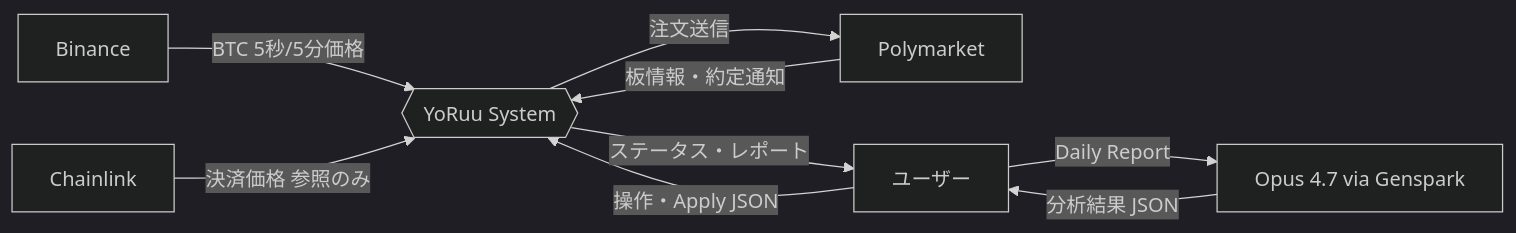
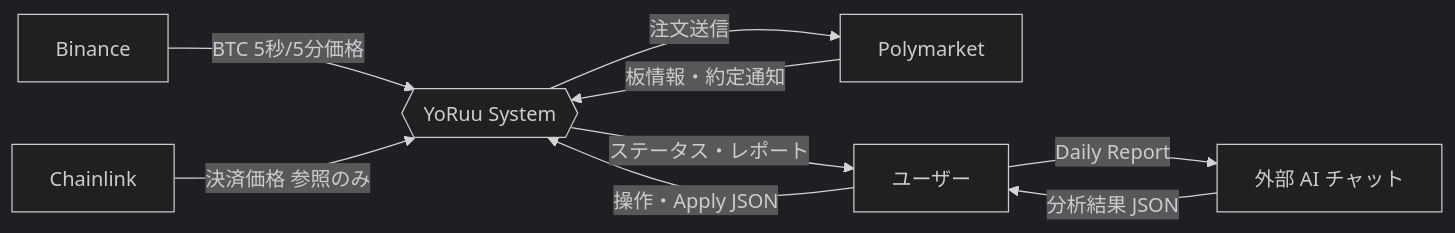
One commit to matrix9neonebuchadnezzar2199-sketch/YoRuu changed the first of 2 diagrams in docs/design/04_data_flow.md. Above: the diagram before and after it, drawn with Mermaid (dark theme). The commit also changed other lines of this file and 16 other files, not shown here.

````diff
--- a/docs/design/04_data_flow.md
+++ b/docs/design/04_data_flow.md
@@ -10,19 +10,19 @@
 ```mermaid
 flowchart LR
     BIN[Binance]
     POLY[Polymarket]
     CL[Chainlink]
     USER[ユーザー]
-    OPUS[Opus 4.7 via Genspark]
+    AI[外部 AI チャット]
 
     YORUU{{YoRuu System}}
 
     BIN -->|BTC 5秒/5分価格| YORUU
     POLY -->|板情報・約定通知| YORUU
     YORUU -->|注文送信| POLY
     CL -->|決済価格 参照のみ| YORUU
     USER -->|操作・Apply JSON| YORUU
     YORUU -->|ステータス・レポート| USER
-    USER -->|Daily Report| OPUS
-    OPUS -->|分析結果 JSON| USER
+    USER -->|Daily Report| AI
+    AI -->|分析結果 JSON| USER
 ```
````
